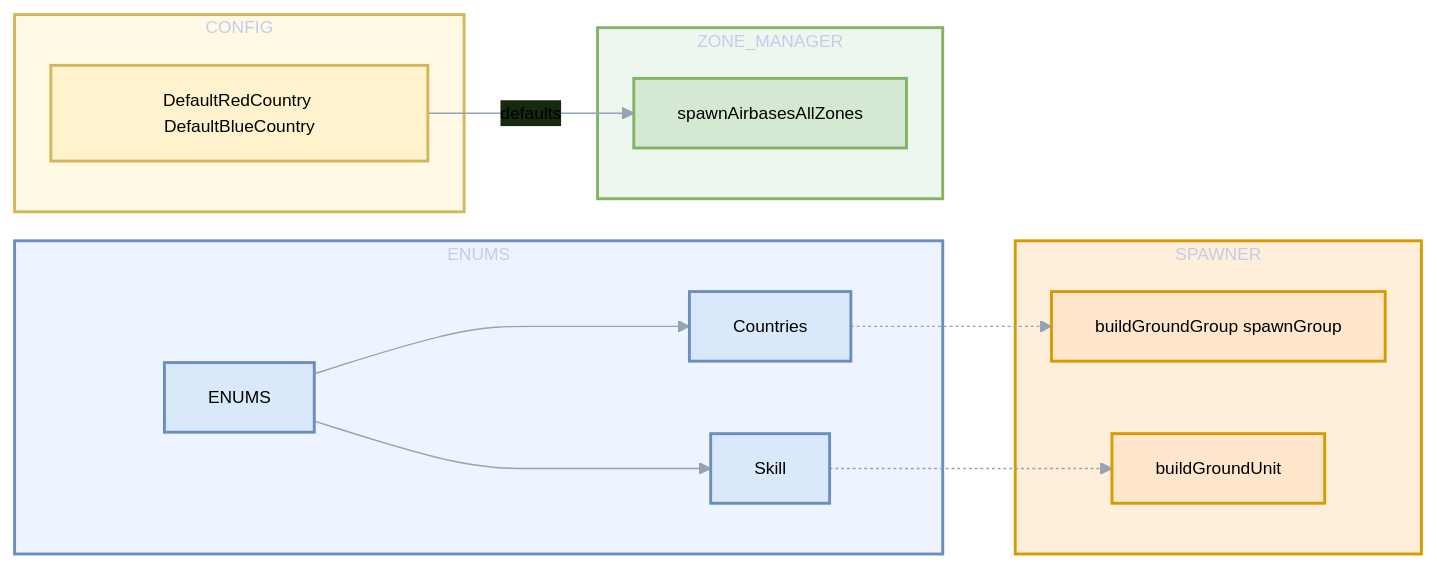
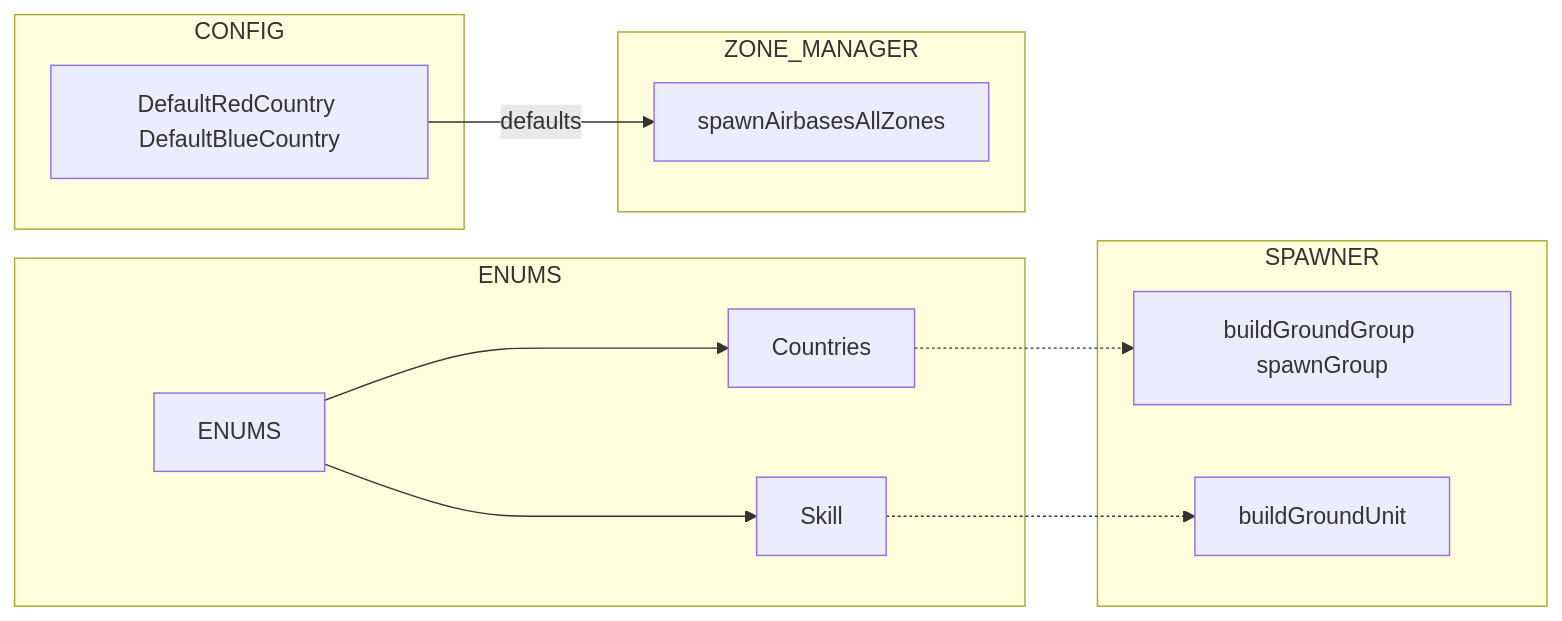
The first of 3 diagrams in docs/enums/countries_and_skill.md (Gh0st352/AETHR), drawn with Mermaid before and after one commit. The commit also changed other lines of this file and 7 other files, not shown here.

First line of the commit message:
docs(enums): normalize Mermaid labels and formatting

````diff
--- a/docs/enums/countries_and_skill.md
+++ b/docs/enums/countries_and_skill.md
@@ -32,49 +32,34 @@
 ```mermaid
-%%{init: {"theme":"base", "themeVariables":{"primaryColor":"#0f172a","primaryTextColor":"#000000ff","lineColor":"#94a3b8","fontSize":"12px"}}}%%
+%% shared theme: docs/_mermaid/theme.json %%
 flowchart LR
 
-%% Classes
-classDef enums fill:#dae8fc,stroke:#6c8ebf,stroke-width:2px;
-classDef config fill:#fff2cc,stroke:#d6b656,stroke-width:2px;
-classDef zm fill:#d5e8d4,stroke:#82b366,stroke-width:2px;
-classDef spawner fill:#ffe6cc,stroke:#d79b00,stroke-width:2px;
-
-%% Groups
-subgraph sgEnums [ENUMS]
+subgraph "ENUMS" ["ENUMS"]
   EN[ENUMS]
   CT[Countries]
   SK[Skill]
 end
 
-subgraph sgConfig [CONFIG]
+subgraph "CONFIG" ["CONFIG"]
   CFG[DefaultRedCountry DefaultBlueCountry]
 end
 
-subgraph sgZM [ZONE_MANAGER]
+subgraph "ZONE_MANAGER" ["ZONE_MANAGER"]
   ZM[spawnAirbasesAllZones]
 end
 
-subgraph sgSP [SPAWNER]
+subgraph "SPAWNER" ["SPAWNER"]
   SP[buildGroundGroup spawnGroup]
   SPU[buildGroundUnit]
 end
 
-%% Relationships
 EN --> CT
 EN --> SK
 CFG -- "defaults" --> ZM
 CT -.-> SP
 SK -.-> SPU
 
-%% Apply classes
-class EN,CT,SK enums
-class CFG config
-class ZM zm
-class SP,SPU spawner
-
-%% Subgraph styles
-style sgEnums fill:#eef4ff,stroke:#6c8ebf,stroke-width:2px
-style sgConfig fill:#fff9e6,stroke:#d6b656,stroke-width:2px
-style sgZM fill:#edf7ed,stroke:#82b366,stroke-width:2px
-style sgSP fill:#ffeeda,stroke:#d79b00,stroke-width:2px
+class EN,CT,SK class_data;
+class CFG class_compute;
+class ZM class_compute;
+class SP,SPU class_step;
 ```
````
